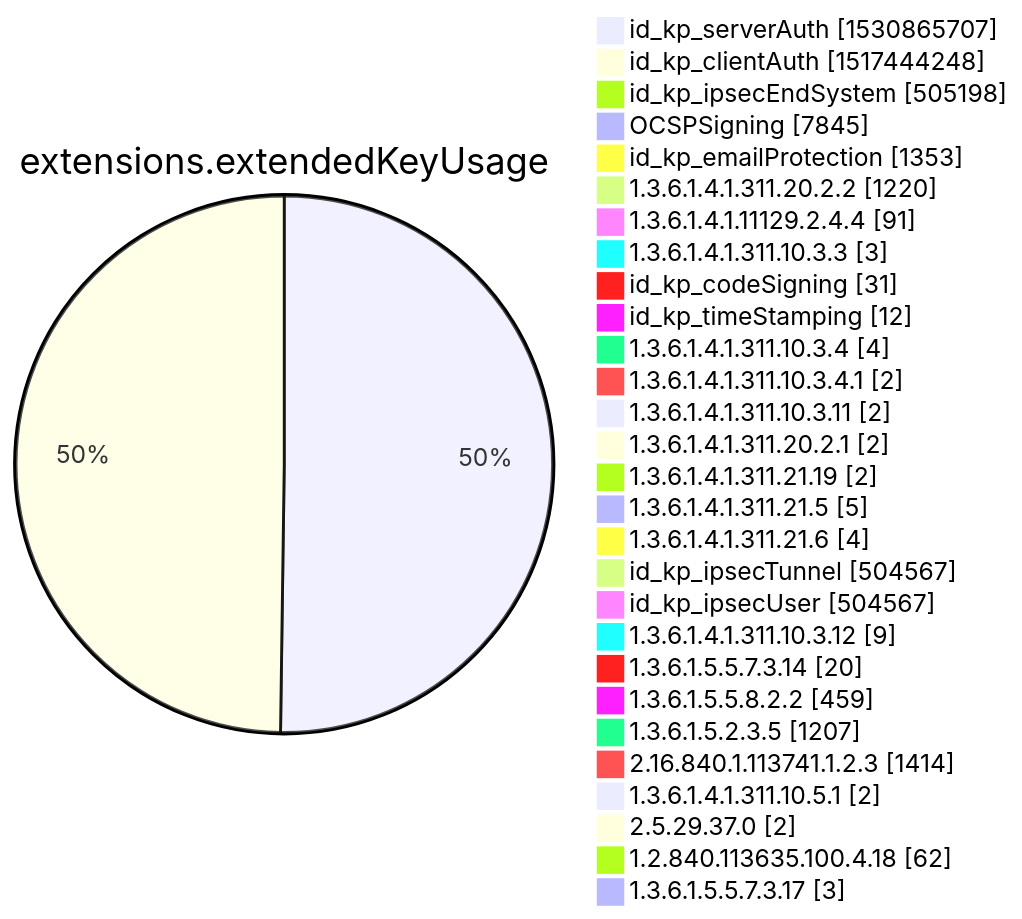
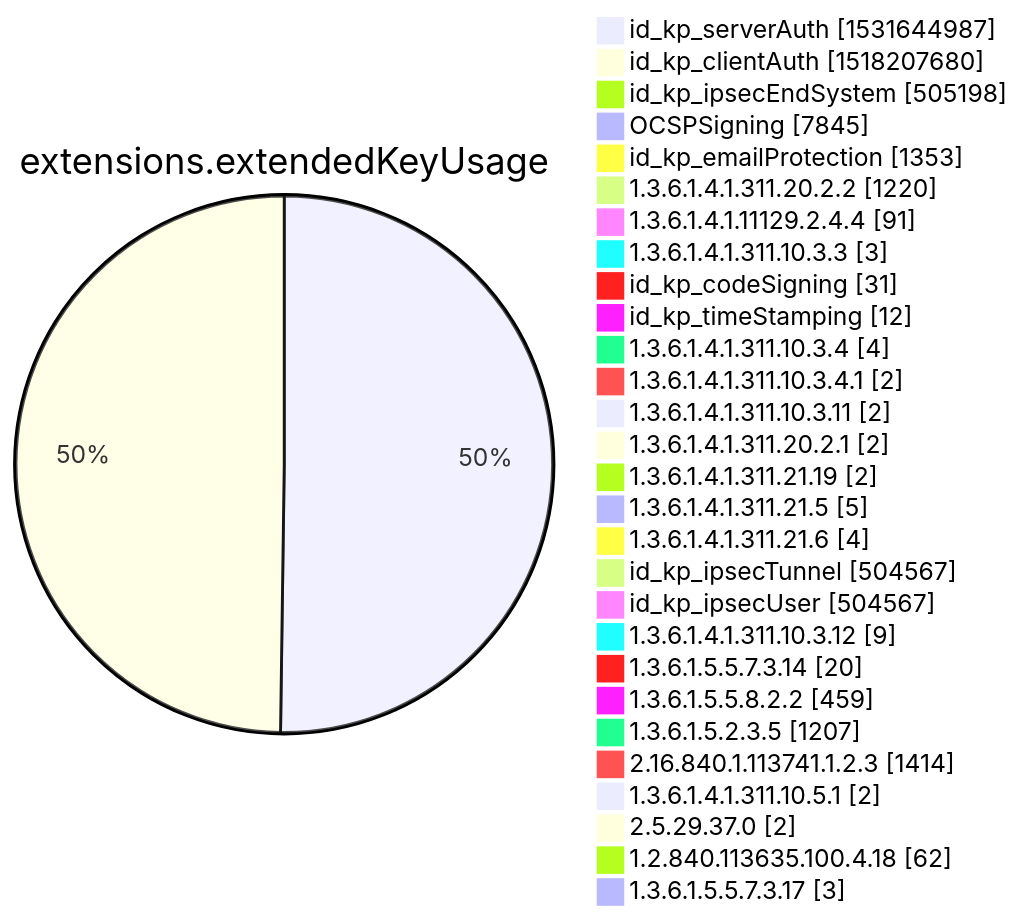
Diagram 12 of 15 in xenon2022/README.md (christiankrug/ctmonitor_visualization), drawn with Mermaid before and after one commit. The commit also changed other lines of this file, not shown here.

````diff
--- a/xenon2022/README.md
+++ b/xenon2022/README.md
@@ -3879,32 +3880,32 @@
 ```mermaid
 pie showData
 title extensions.extendedKeyUsage
-"id_kp_serverAuth" :1530865707
-"id_kp_clientAuth" :1517444248
+"id_kp_serverAuth" :1531644987
+"id_kp_clientAuth" :1518207680
 "id_kp_ipsecEndSystem" :505198
 "OCSPSigning" :7845
 "id_kp_emailProtection" :1353
 "1.3.6.1.4.1.311.20.2.2" :1220
 "1.3.6.1.4.1.11129.2.4.4" :91
 "1.3.6.1.4.1.311.10.3.3" :3
 "id_kp_codeSigning" :31
 "id_kp_timeStamping" :12
 "1.3.6.1.4.1.311.10.3.4" :4
 "1.3.6.1.4.1.311.10.3.4.1" :2
 "1.3.6.1.4.1.311.10.3.11" :2
 "1.3.6.1.4.1.311.20.2.1" :2
 "1.3.6.1.4.1.311.21.19" :2
 "1.3.6.1.4.1.311.21.5" :5
 "1.3.6.1.4.1.311.21.6" :4
 "id_kp_ipsecTunnel" :504567
 "id_kp_ipsecUser" :504567
 "1.3.6.1.4.1.311.10.3.12" :9
 "1.3.6.1.5.5.7.3.14" :20
 "1.3.6.1.5.5.8.2.2" :459
 "1.3.6.1.5.2.3.5" :1207
 "2.16.840.1.113741.1.2.3" :1414
 "1.3.6.1.4.1.311.10.5.1" :2
 "2.5.29.37.0" :2
 "1.2.840.113635.100.4.18" :62
 "1.3.6.1.5.5.7.3.17" :3
 ```
````
